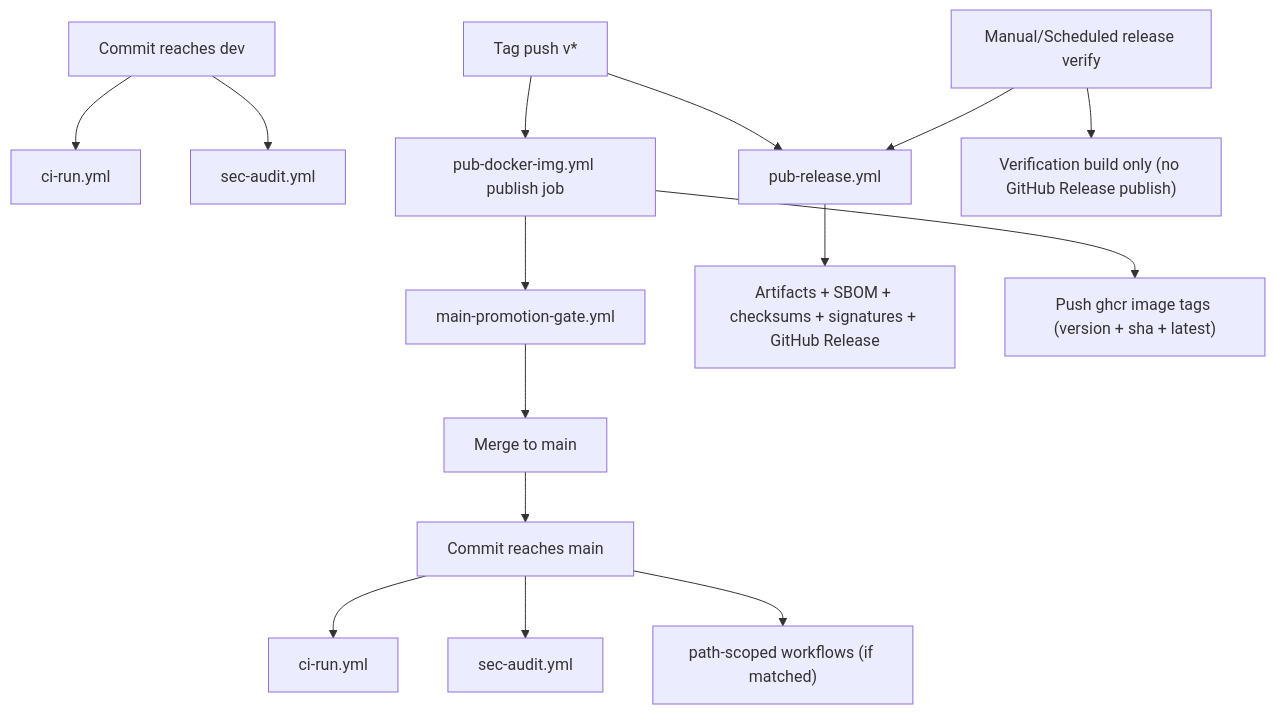
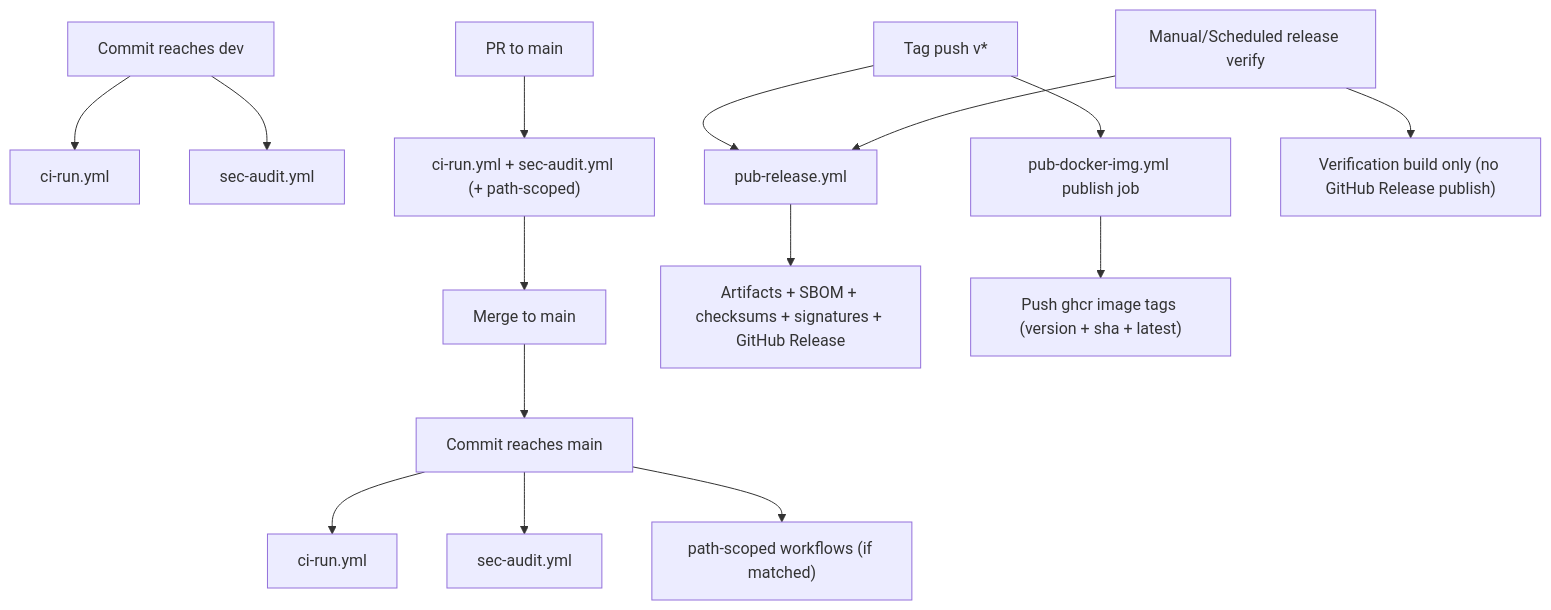
One commit to cmbays/zeroclaw changed the second of 2 diagrams in .github/workflows/main-branch-flow.md. Above: the diagram before and after it, drawn with Mermaid. The commit also changed other lines of this file and 193 other files, not shown here.

````diff
--- a/.github/workflows/main-branch-flow.md
+++ b/.github/workflows/main-branch-flow.md
@@ -245,17 +241,17 @@
 ```mermaid
 flowchart TD
   D0["Commit reaches dev"] --> B0["ci-run.yml"]
   D0 --> C0["sec-audit.yml"]
-  P["Promotion PR dev -> main"] --> PG["main-promotion-gate.yml"]
-  PG --> M["Merge to main"]
+  PRM["PR to main"] --> QM["ci-run.yml + sec-audit.yml (+ path-scoped)"]
+  QM --> M["Merge to main"]
   M --> A["Commit reaches main"]
   A --> B["ci-run.yml"]
   A --> C["sec-audit.yml"]
   A --> D["path-scoped workflows (if matched)"]
   T["Tag push v*"] --> R["pub-release.yml"]
   W["Manual/Scheduled release verify"] --> R
-  T --> P["pub-docker-img.yml publish job"]
+  T --> DP["pub-docker-img.yml publish job"]
   R --> R1["Artifacts + SBOM + checksums + signatures + GitHub Release"]
   W --> R2["Verification build only (no GitHub Release publish)"]
-  P --> P1["Push ghcr image tags (version + sha + latest)"]
+  DP --> P1["Push ghcr image tags (version + sha + latest)"]
 ```
````
